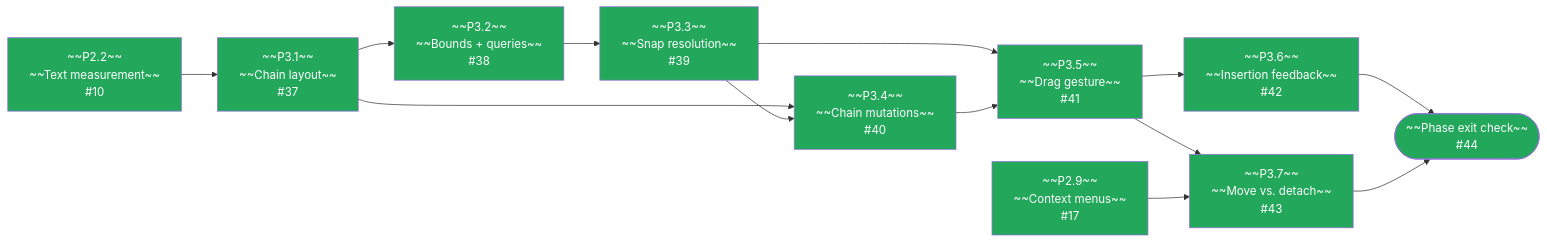
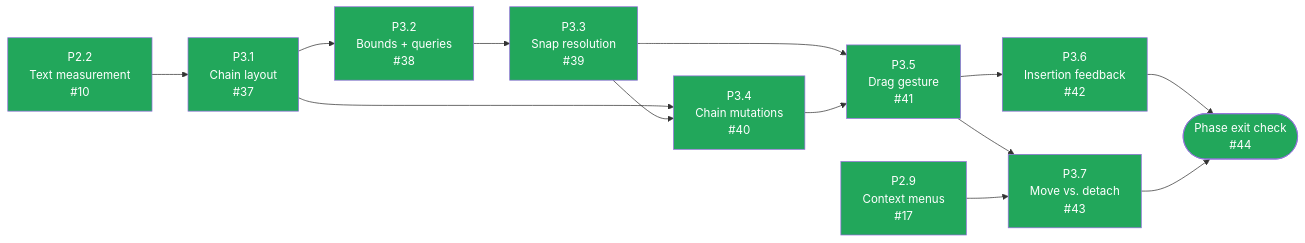
One commit to tousifosman/CalcMind changed the second of 3 diagrams in docs/DEVELOPMENT_PLAN.md. Above: the diagram before and after it, drawn with Mermaid. The commit also changed other lines of this file and 3 other files, not shown here.

First line of the commit message:
docs: revert done-task strikethrough in headings and mermaid diagrams

````diff
--- a/docs/DEVELOPMENT_PLAN.md
+++ b/docs/DEVELOPMENT_PLAN.md
@@ -331,37 +331,37 @@
 ```mermaid
 flowchart LR
-    P22["~~P2.2~~<br/>~~Text measurement~~<br/>#10"]
-    P29["~~P2.9~~<br/>~~Context menus~~<br/>#17"]
-    P31["~~P3.1~~<br/>~~Chain layout~~<br/>#37"]
-    P32["~~P3.2~~<br/>~~Bounds + queries~~<br/>#38"]
-    P33["~~P3.3~~<br/>~~Snap resolution~~<br/>#39"]
-    P34["~~P3.4~~<br/>~~Chain mutations~~<br/>#40"]
-    P35["~~P3.5~~<br/>~~Drag gesture~~<br/>#41"]
-    P36["~~P3.6~~<br/>~~Insertion feedback~~<br/>#42"]
-    P37["~~P3.7~~<br/>~~Move vs. detach~~<br/>#43"]
-    EXIT(["~~Phase exit check~~<br/>#44"])
+    P22["P2.2<br/>Text measurement<br/>#10"]
+    P29["P2.9<br/>Context menus<br/>#17"]
+    P31["P3.1<br/>Chain layout<br/>#37"]
+    P32["P3.2<br/>Bounds + queries<br/>#38"]
+    P33["P3.3<br/>Snap resolution<br/>#39"]
+    P34["P3.4<br/>Chain mutations<br/>#40"]
+    P35["P3.5<br/>Drag gesture<br/>#41"]
+    P36["P3.6<br/>Insertion feedback<br/>#42"]
+    P37["P3.7<br/>Move vs. detach<br/>#43"]
+    EXIT(["Phase exit check<br/>#44"])
 
     P22 --> P31
     P31 --> P32
     P32 --> P33
     P31 --> P34
     P33 --> P34
     P33 --> P35
     P34 --> P35
     P35 --> P36
     P35 --> P37
     P29 --> P37
     P36 --> EXIT
     P37 --> EXIT
 
     style P22 fill:#22A75B,color:#fff
     style P29 fill:#22A75B,color:#fff
     style P31 fill:#22A75B,color:#fff
     style P32 fill:#22A75B,color:#fff
     style P33 fill:#22A75B,color:#fff
     style P34 fill:#22A75B,color:#fff
     style P35 fill:#22A75B,color:#fff
     style P36 fill:#22A75B,color:#fff
     style P37 fill:#22A75B,color:#fff
     style EXIT fill:#22A75B,color:#fff
 ```
````
